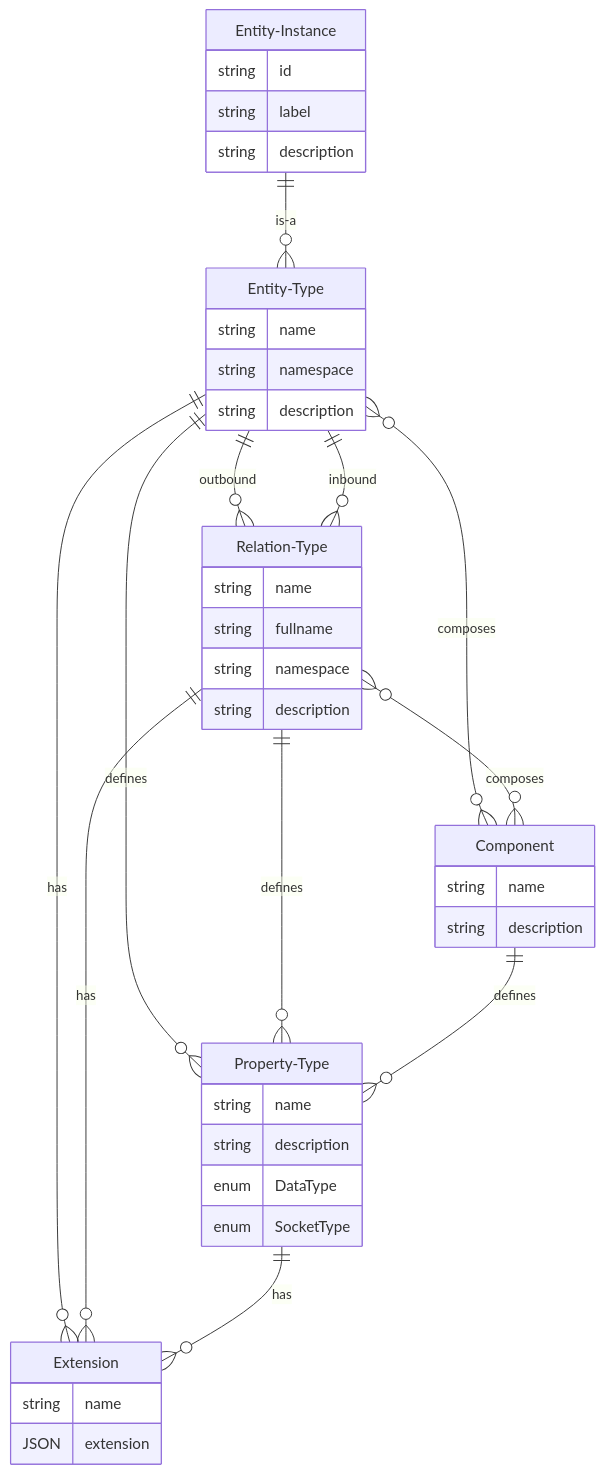
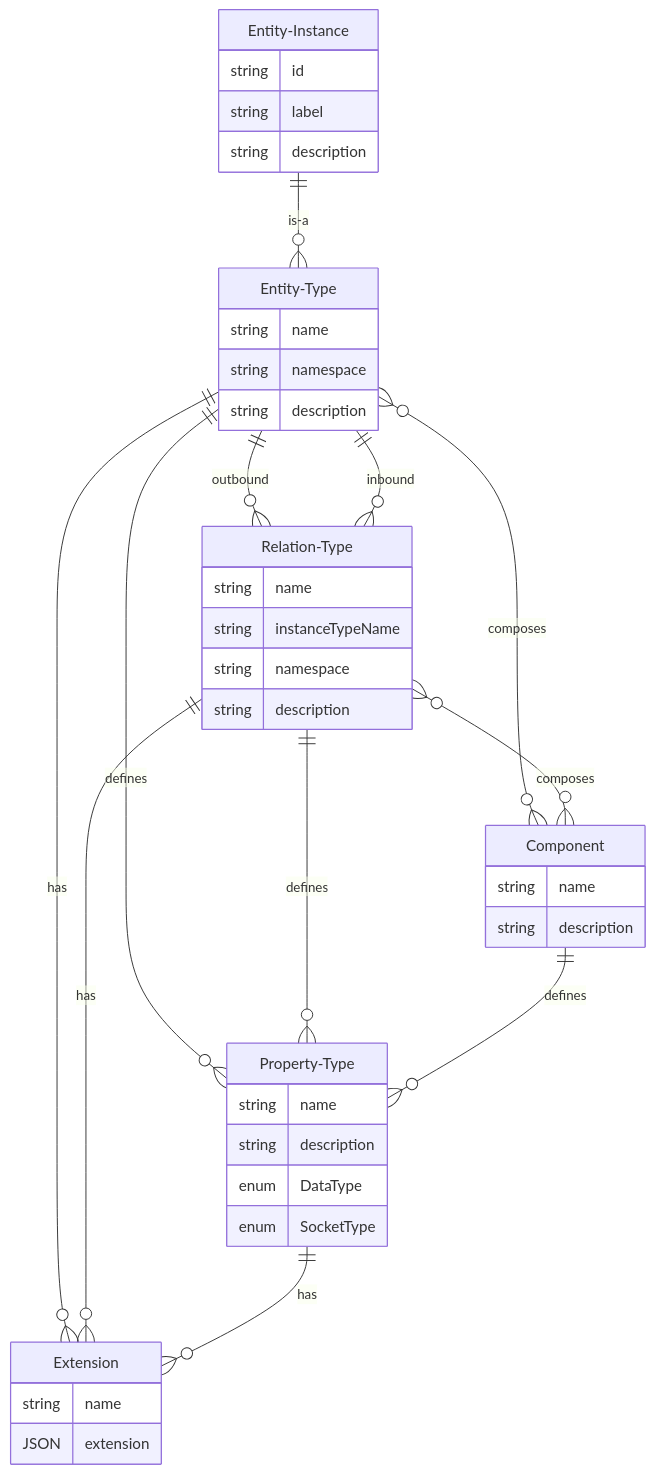
One commit to reactive-graph/reactive-graph changed the diagram in docs/inexor-rgf/src/Model_Entity_Type.md. Above: the diagram before and after it, drawn with Mermaid. The commit also changed 10 other files, not shown here.

Commit message:
Updated GraphQL examples

````diff
--- a/docs/inexor-rgf/src/Model_Entity_Type.md
+++ b/docs/inexor-rgf/src/Model_Entity_Type.md
@@ -19,44 +19,44 @@
 ```mermaid
 erDiagram
     Entity-Type {
         string name
         string namespace
         string description
     }
     Entity-Instance {
         string id
         string label
         string description
     }
     Extension {
         string name
         JSON extension
     }
     Component {
         string name
         string description
     }
     Property-Type {
         string name
         string description
         enum DataType
         enum SocketType
     }
     Relation-Type {
         string name
-        string fullname
+        string instanceTypeName
         string namespace
         string description
     }
     Entity-Type o{--}o Component : composes
     Entity-Type ||--}o Property-Type : defines
     Relation-Type ||--}o Property-Type : defines
     Component ||--}o Property-Type : defines
     Entity-Type ||--}o Relation-Type : outbound
     Entity-Type ||--}o Relation-Type : inbound
     Relation-Type o{--}o Component : composes
     Entity-Type ||--}o Extension : has
     Relation-Type ||--}o Extension : has
     Property-Type ||--}o Extension : has
     Entity-Instance ||--}o Entity-Type : is-a
 ```
````
